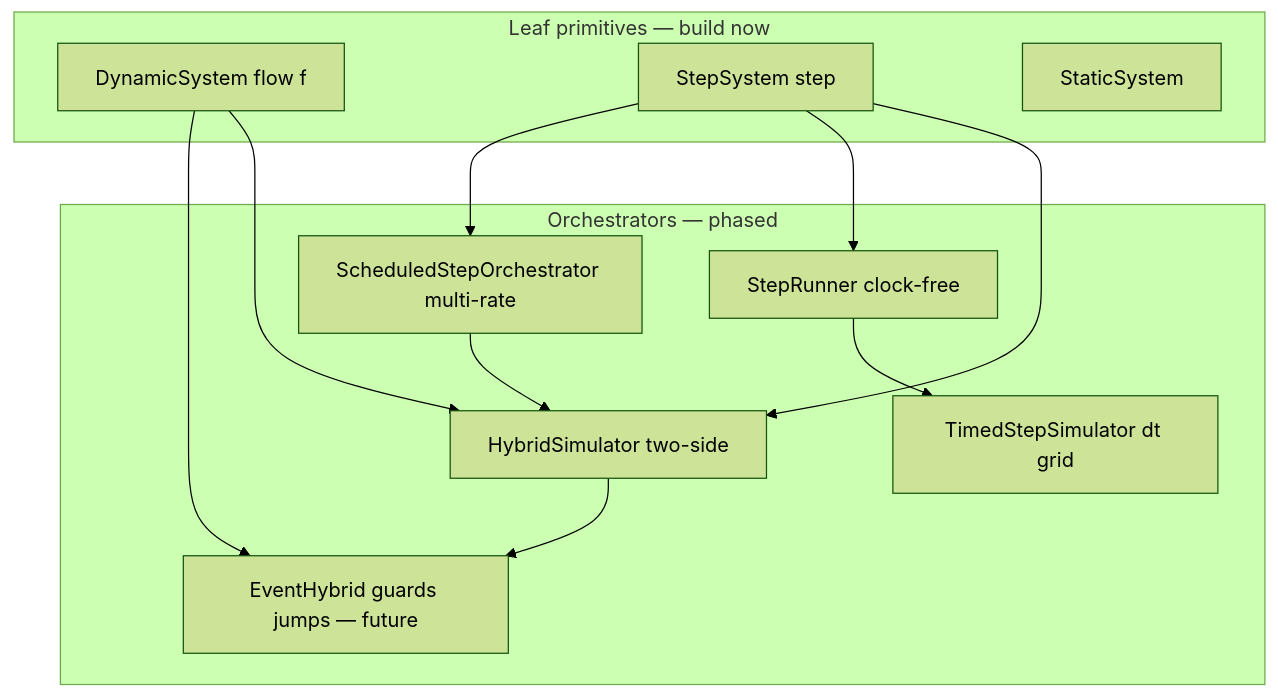
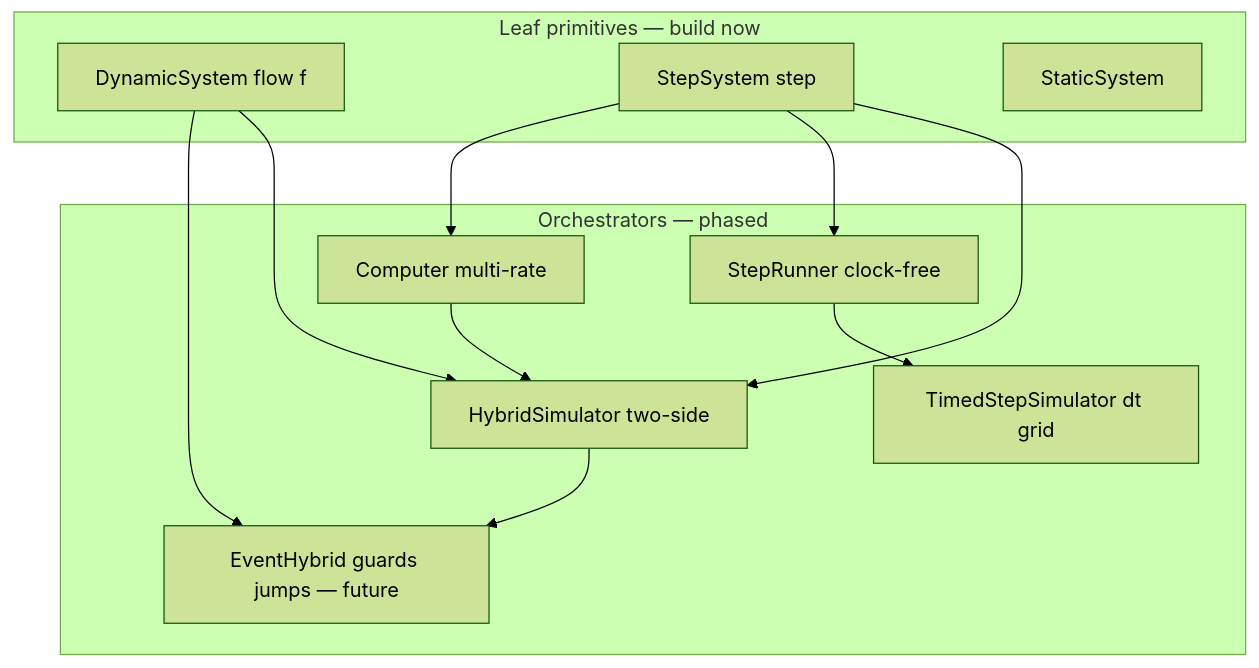
Before and after one commit to alx87grd/minilink: the third of 4 diagrams in docs/plans/hybrid-discrete-simulation.md, drawn with Mermaid (forest theme). The commit also changed other lines of this file and 9 other files, not shown here.

````diff
--- a/docs/plans/hybrid-discrete-simulation.md
+++ b/docs/plans/hybrid-discrete-simulation.md
@@ -509,23 +509,23 @@
 ```mermaid
 flowchart TB
     subgraph primitives [Leaf primitives — build now]
         DS[DynamicSystem flow f]
         SS[StepSystem step]
         ST[StaticSystem]
     end
 
     subgraph schedulers [Orchestrators — phased]
         SR[StepRunner clock-free]
         TS[TimedStepSimulator dt grid]
-        SO[ScheduledStepOrchestrator multi-rate]
+        SO[Computer multi-rate]
         H1[HybridSimulator two-side]
         H2[EventHybrid guards jumps — future]
     end
 
     DS --> H1
     SS --> H1
     SS --> SR --> TS
     SS --> SO --> H1
     H1 --> H2
     DS --> H2
 ```
````
